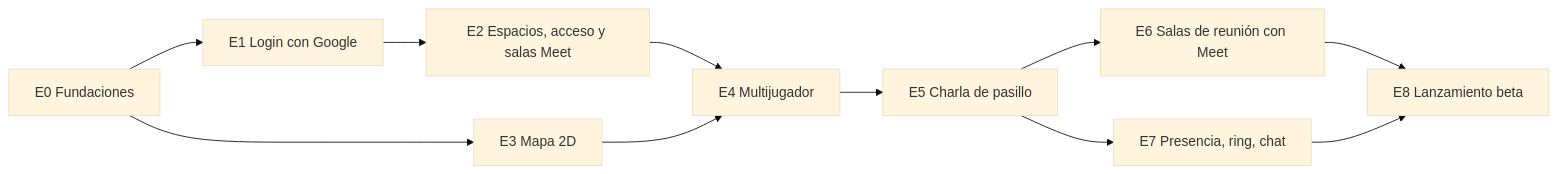
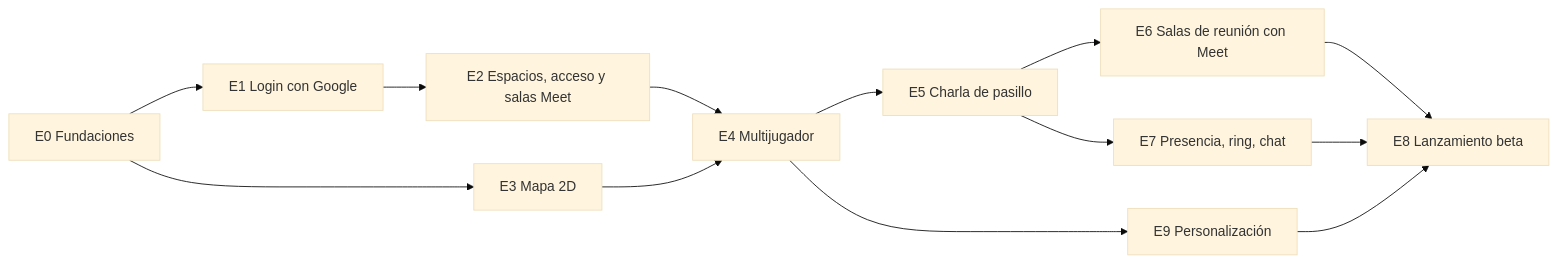
The diagram in docs/virtual-office-mvp/04-plan-desarrollo.md (nesram5/html-course), drawn with Mermaid (base theme) before and after one commit. The commit also changed other lines of this file and 12 other files, not shown here.

````diff
--- a/docs/virtual-office-mvp/04-plan-desarrollo.md
+++ b/docs/virtual-office-mvp/04-plan-desarrollo.md
@@ -20,13 +20,15 @@
 ```mermaid
 flowchart LR
     E0[E0 Fundaciones] --> E1[E1 Login con Google]
     E0 --> E3[E3 Mapa 2D]
     E1 --> E2[E2 Espacios, acceso y salas Meet]
     E2 --> E4[E4 Multijugador]
     E3 --> E4
     E4 --> E5[E5 Charla de pasillo]
     E5 --> E6[E6 Salas de reunión con Meet]
     E5 --> E7[E7 Presencia, ring, chat]
     E6 --> E8[E8 Lanzamiento beta]
     E7 --> E8
+    E4 --> E9[E9 Personalización]
+    E9 --> E8
 ```
````
